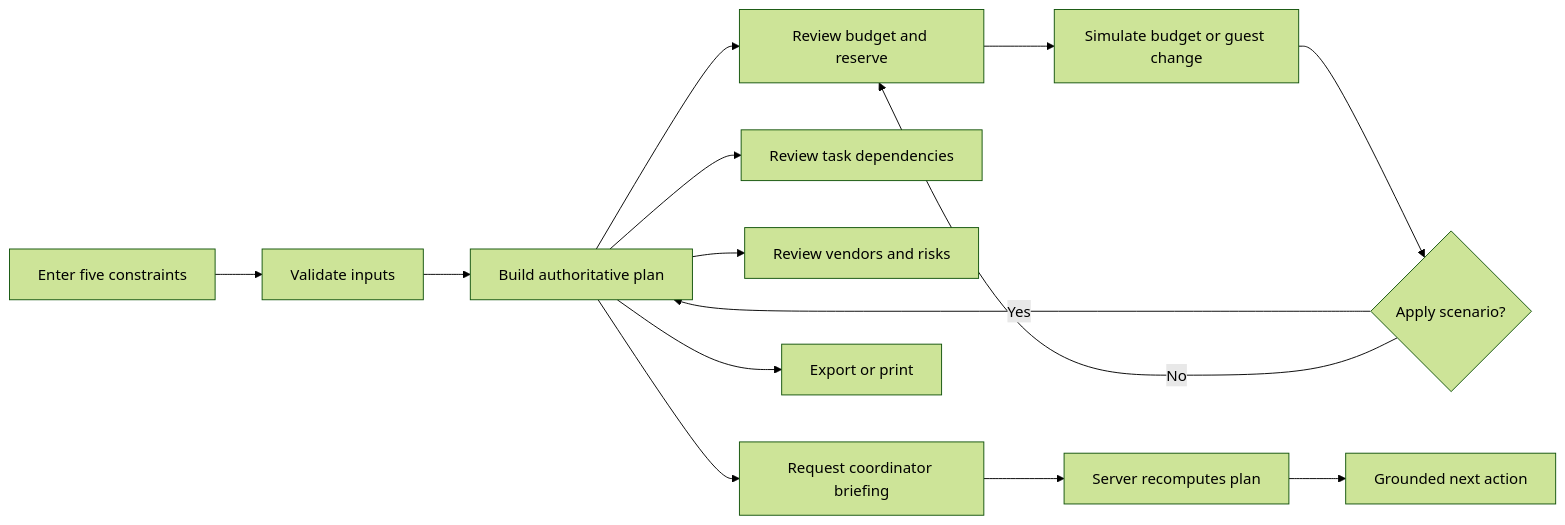
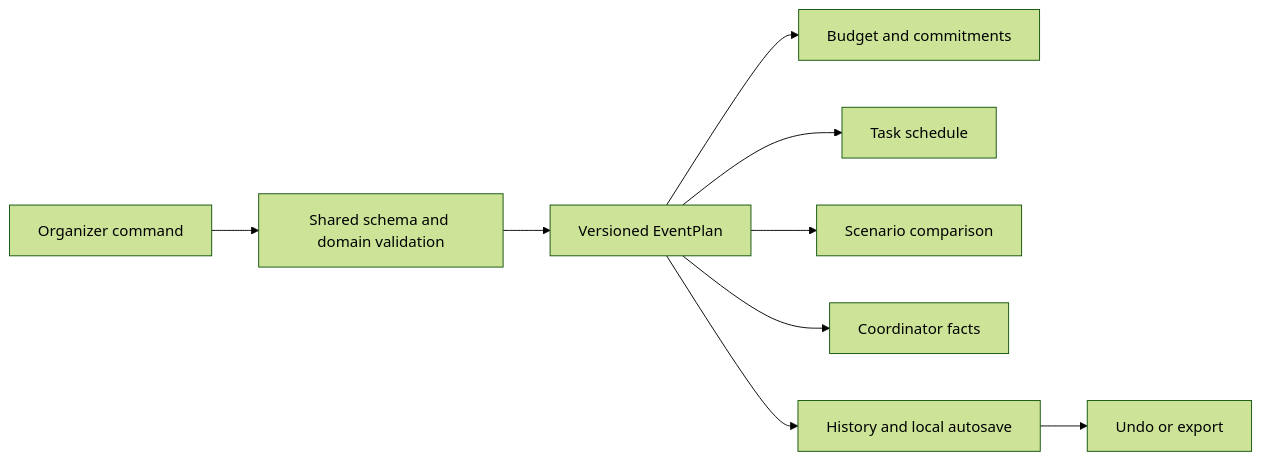
One commit to agbuddy7/cuePlan changed the diagram in README.md. Above: the diagram before and after it, drawn with Mermaid (forest theme). The commit also changed other lines of this file and 81 other files, not shown here.

Commit message:
feat: ship typed event workspace with vendor commitments and decision history

````diff
--- a/README.md
+++ b/README.md
@@ -204,16 +68,11 @@
 ```mermaid
 flowchart LR
-    A[Enter five constraints] --> B[Validate inputs]
-    B --> C[Build authoritative plan]
-    C --> D[Review budget and reserve]
-    C --> E[Review task dependencies]
-    C --> F[Review vendors and risks]
-    D --> G[Simulate budget or guest change]
-    G --> H{Apply scenario?}
-    H -->|Yes| C
-    H -->|No| D
-    C --> I[Request coordinator briefing]
-    I --> J[Server recomputes plan]
-    J --> K[Grounded next action]
-    C --> L[Export or print]
+  I[Organizer command] --> V[Shared schema and domain validation]
+  V --> P[Versioned EventPlan]
+  P --> B[Budget and commitments]
+  P --> T[Task schedule]
+  P --> S[Scenario comparison]
+  P --> A[Coordinator facts]
+  P --> H[History and local autosave]
+  H --> U[Undo or export]
 ```
````
